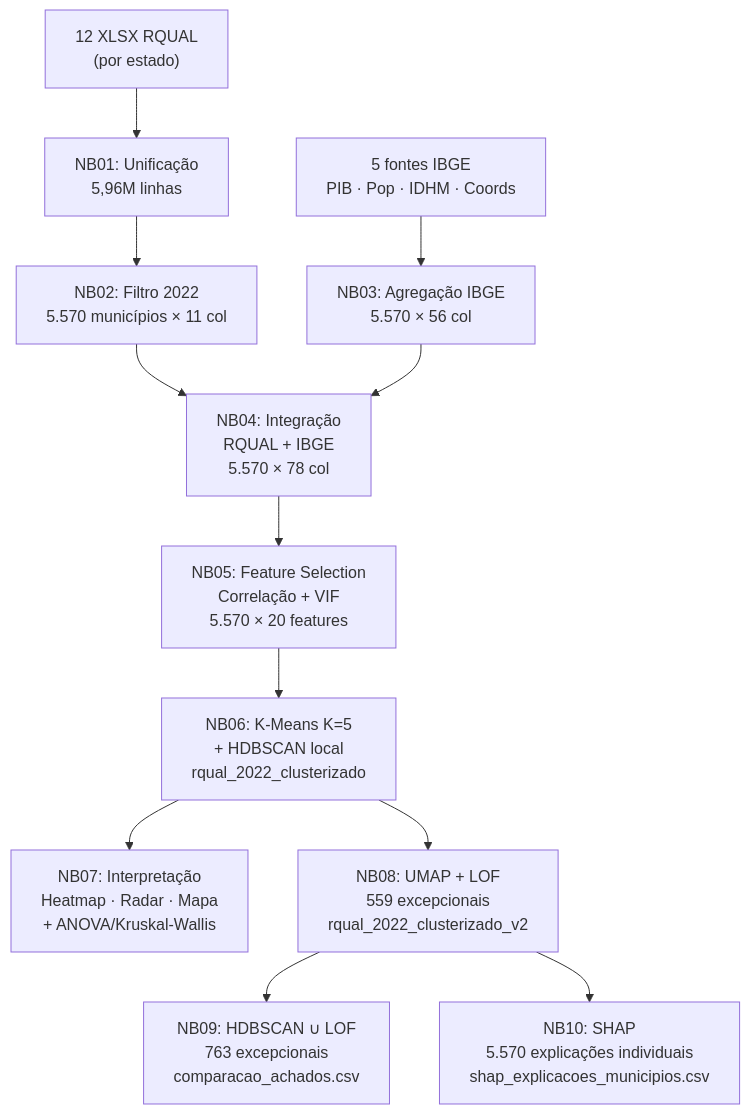
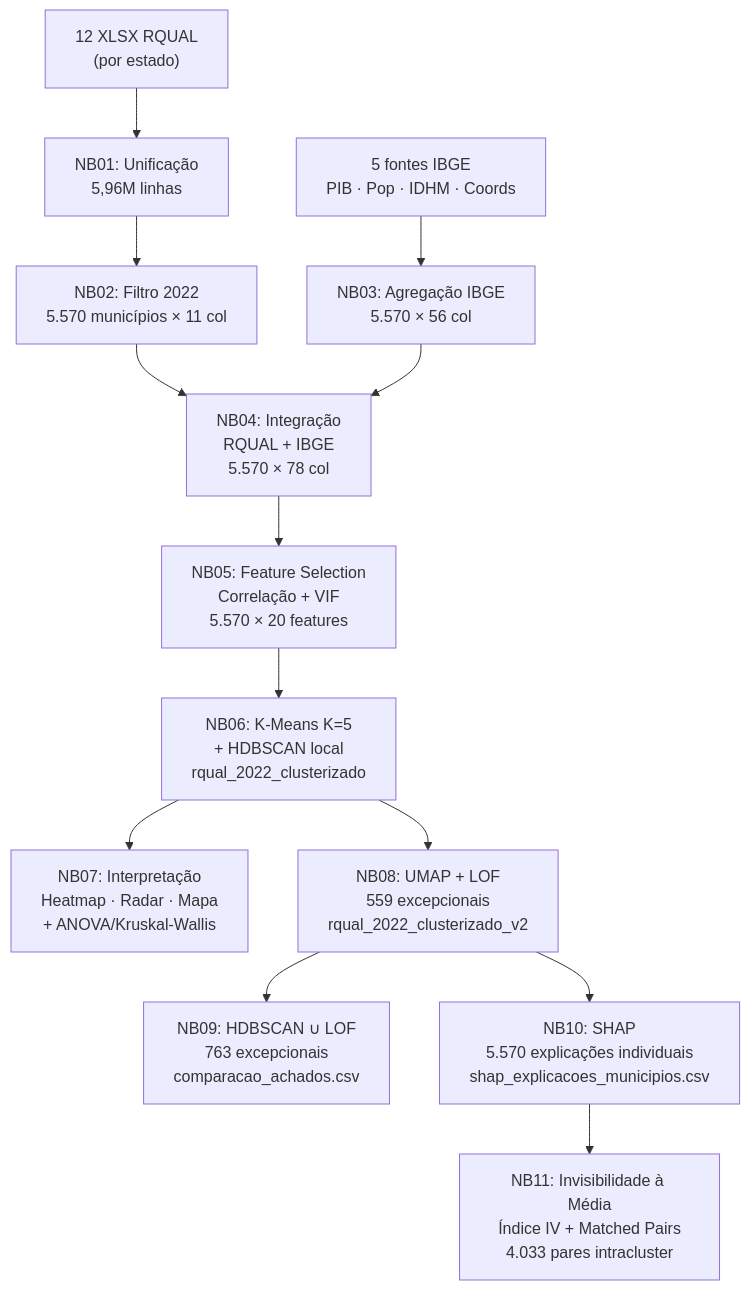
The diagram in README.md (mfidosjr/Framework-Explicabilidade-Indicadores), drawn with Mermaid before and after one commit. The commit also changed other lines of this file, not shown here.

First line of the commit message:
docs(README): adiciona NB11 — invisibilidade à média e matched pairs

````diff
--- a/README.md
+++ b/README.md
@@ -60,14 +60,15 @@
 ```mermaid
 flowchart TD
     A["12 XLSX RQUAL\n(por estado)"] --> B["NB01: Unificação\n5,96M linhas"]
     B --> C["NB02: Filtro 2022\n5.570 municípios × 11 col"]
     D["5 fontes IBGE\nPIB · Pop · IDHM · Coords"] --> E["NB03: Agregação IBGE\n5.570 × 56 col"]
     C --> F["NB04: Integração\nRQUAL + IBGE\n5.570 × 78 col"]
     E --> F
     F --> G["NB05: Feature Selection\nCorrelação + VIF\n5.570 × 20 features"]
     G --> H["NB06: K-Means K=5\n+ HDBSCAN local\nrqual_2022_clusterizado"]
     H --> I["NB07: Interpretação\nHeatmap · Radar · Mapa\n+ ANOVA/Kruskal-Wallis"]
     H --> J["NB08: UMAP + LOF\n559 excepcionais\nrqual_2022_clusterizado_v2"]
     J --> K["NB09: HDBSCAN ∪ LOF\n763 excepcionais\ncomparacao_achados.csv"]
     J --> L["NB10: SHAP\n5.570 explicações individuais\nshap_explicacoes_municipios.csv"]
+    L --> M["NB11: Invisibilidade à Média\nÍndice IV + Matched Pairs\n4.033 pares intracluster"]
 ```
````
